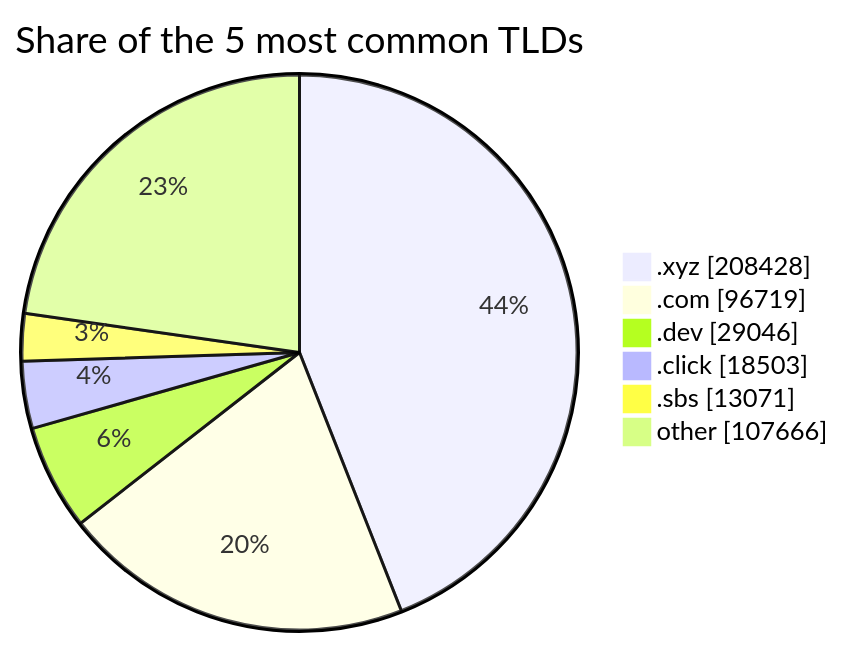
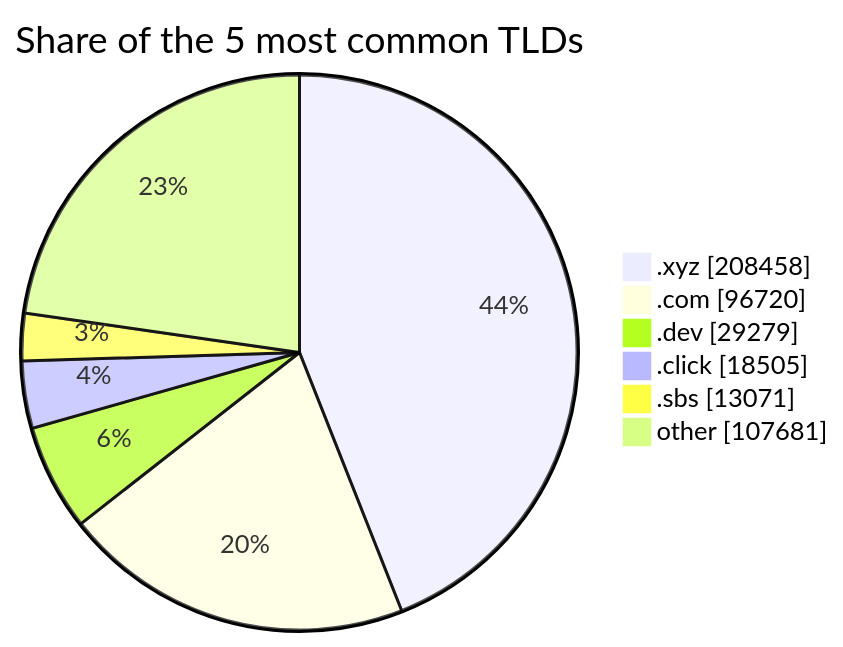
Before and after one commit to DNSBunker/CTI: the third of 3 diagrams in README.md, drawn with Mermaid. The commit also changed other lines of this file and 3 other files, not shown here.

````diff
--- a/README.md
+++ b/README.md
@@ -81,9 +81,9 @@
 ```mermaid
 pie showData title Share of the 5 most common TLDs
-    ".xyz" : 208428
-    ".com" : 96719
-    ".dev" : 29046
-    ".click" : 18503
+    ".xyz" : 208458
+    ".com" : 96720
+    ".dev" : 29279
+    ".click" : 18505
     ".sbs" : 13071
-    "other" : 107666
+    "other" : 107681
 ```
````
